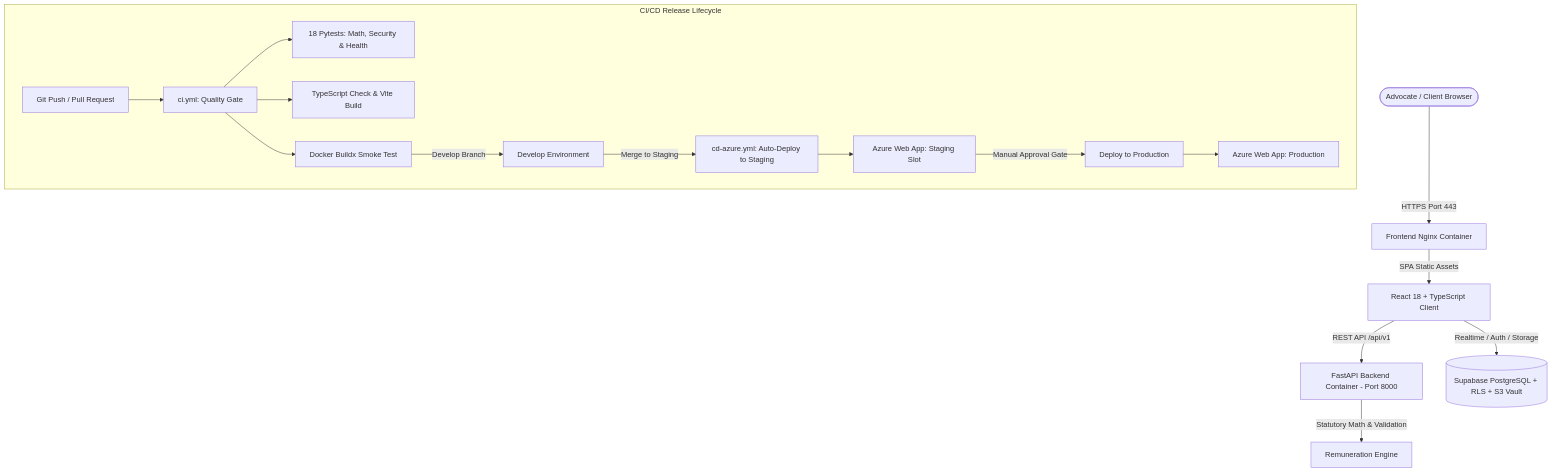
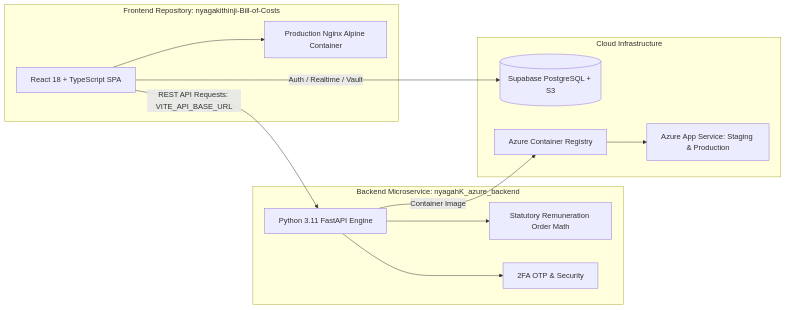
Before and after one commit to guyo-halake/nyagakithinji-Bill-of-Costs: the diagram in README.md, drawn with Mermaid. The commit also changed other lines of this file and 38 other files, not shown here.

Commit message:
refactor(frontend): decouple backend into standalone repository nyagahK_azure_backend and configure dynamic VITE_API_BASE_URL

````diff
--- a/README.md
+++ b/README.md
@@ -39,22 +21,18 @@
 ```mermaid
-graph TD
-    User([Advocate / Client Browser]) -->|HTTPS Port 443| Nginx[Frontend Nginx Container]
-    Nginx -->|SPA Static Assets| ReactApp[React 18 + TypeScript Client]
-    ReactApp -->|REST API /api/v1| FastAPI[FastAPI Backend Container - Port 8000]
-    ReactApp -->|Realtime / Auth / Storage| Supabase[(Supabase PostgreSQL + RLS + S3 Vault)]
-    FastAPI -->|Statutory Math & Validation| Engine[Remuneration Engine]
+graph LR
+    subgraph Frontend Repository: nyagakithinji-Bill-of-Costs
+        ReactApp[React 18 + TypeScript SPA] --> Nginx[Production Nginx Alpine Container]
+    end
 
-    subgraph CI/CD Release Lifecycle
-        GitPush[Git Push / Pull Request] --> CI[ci.yml: Quality Gate]
-        CI --> Pytest[18 Pytests: Math, Security & Health]
-        CI --> TSC[TypeScript Check & Vite Build]
-        CI --> DockerSmoke[Docker Buildx Smoke Test]
-        
-        DockerSmoke -->|Develop Branch| DevEnv[Develop Environment]
-        DevEnv -->|Merge to Staging| StagingDeploy[cd-azure.yml: Auto-Deploy to Staging]
-        StagingDeploy --> StagingAzure[Azure Web App: Staging Slot]
-        
-        StagingAzure -->|Manual Approval Gate| ProdDeploy[Deploy to Production]
-        ProdDeploy --> ProdAzure[Azure Web App: Production]
+    subgraph Backend Microservice: nyagahK_azure_backend
+        FastAPI[Python 3.11 FastAPI Engine] --> Engine[Statutory Remuneration Order Math]
+        FastAPI --> Auth2FA[2FA OTP & Security]
+    end
+
+    subgraph Cloud Infrastructure
+        ReactApp -->|REST API Requests: VITE_API_BASE_URL| FastAPI
+        ReactApp -->|Auth / Realtime / Vault| Supabase[(Supabase PostgreSQL + S3)]
+        FastAPI -->|Container Image| AzureACR[Azure Container Registry]
+        AzureACR --> AzureApp[Azure App Service: Staging & Production]
     end
 ```
````
